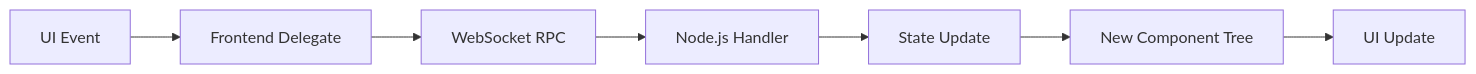
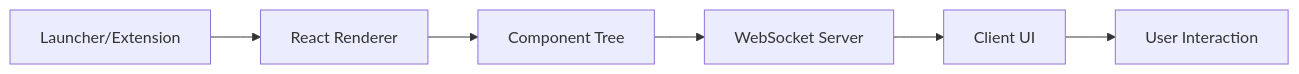
Before and after one commit to BlastLauncher/blast: the diagram in docs/prd.md, drawn with Mermaid. The commit also changed other lines of this file, not shown here.

````diff
--- a/docs/prd.md
+++ b/docs/prd.md
@@ -29,9 +27,8 @@
 ```mermaid
 graph LR
-    A[UI Event] --> B[Frontend Delegate]
-    B --> C[WebSocket RPC]
-    C --> D[Node.js Handler]
-    D --> E[State Update]
-    E --> F[New Component Tree]
-    F --> G[UI Update]
+    A[Launcher/Extension] --> B[React Renderer]
+    B --> C[Component Tree]
+    C --> D[WebSocket Server]
+    D --> E[Client UI]
+    E --> F[User Interaction]
 ```
````
